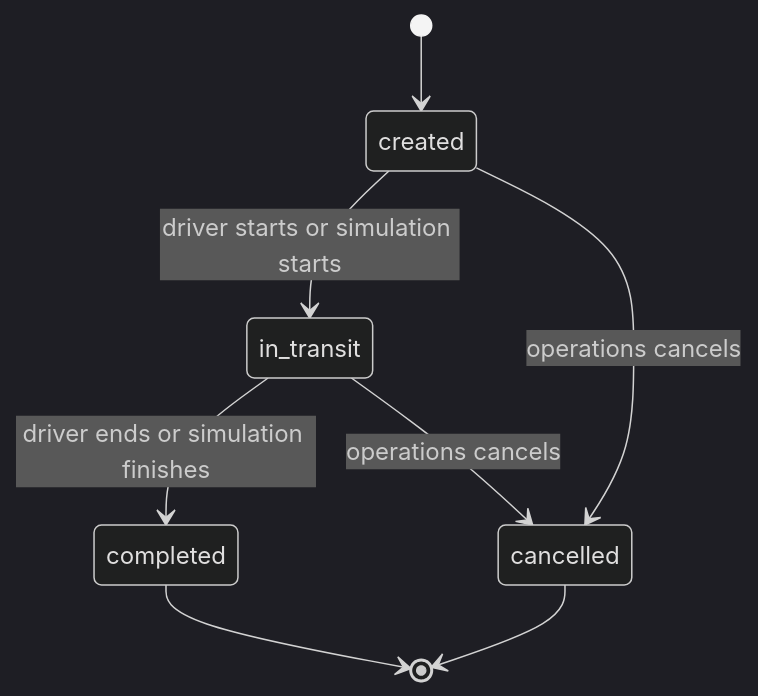
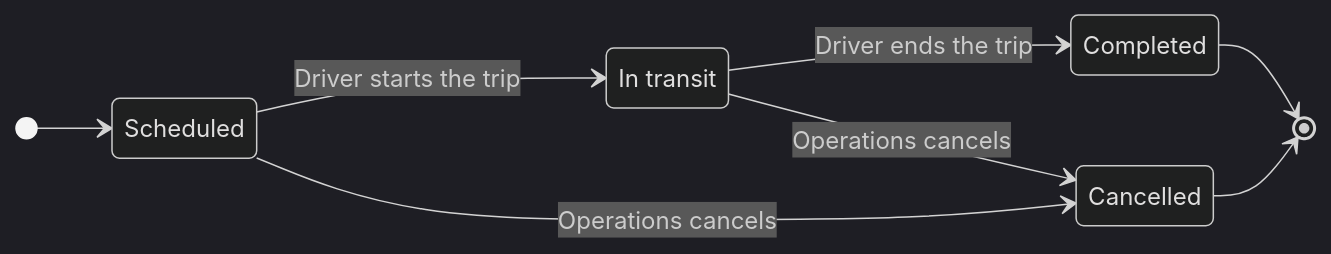
One commit to hiteshpachpor/awr-vehicle-logistics changed the third of 11 diagrams in docs/deliverable-2-presentation-content.md. Above: the diagram before and after it, drawn with Mermaid (dark theme). The commit also changed other lines of this file and 2 other files, not shown here.

````diff
--- a/docs/deliverable-2-presentation-content.md
+++ b/docs/deliverable-2-presentation-content.md
@@ -120,10 +98,12 @@
 ```mermaid
 stateDiagram-v2
-  [*] --> created
-  created --> in_transit: driver starts or simulation starts
-  created --> cancelled: operations cancels
-  in_transit --> completed: driver ends or simulation finishes
-  in_transit --> cancelled: operations cancels
-  completed --> [*]
-  cancelled --> [*]
+  direction LR
+  state "In transit" as InTransit
+  [*] --> Scheduled
+  Scheduled --> InTransit: Driver starts the trip
+  Scheduled --> Cancelled: Operations cancels
+  InTransit --> Completed: Driver ends the trip
+  InTransit --> Cancelled: Operations cancels
+  Completed --> [*]
+  Cancelled --> [*]
 ```
````
